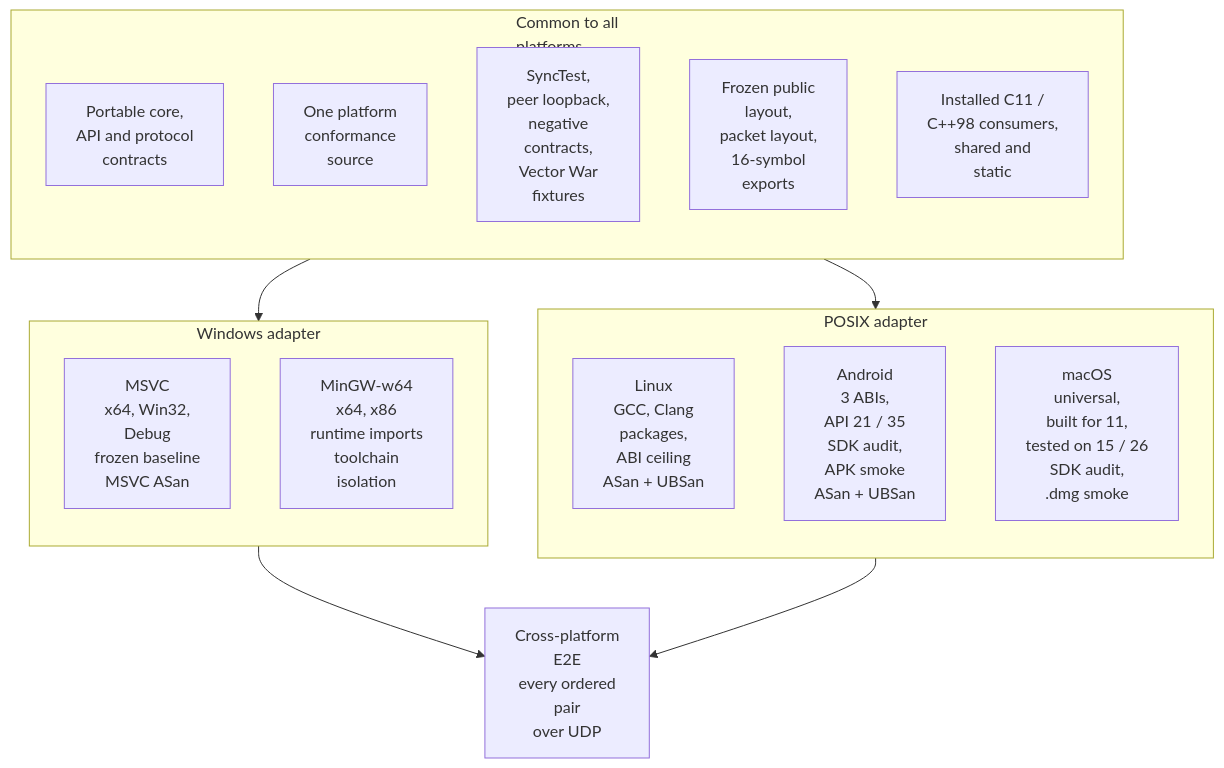
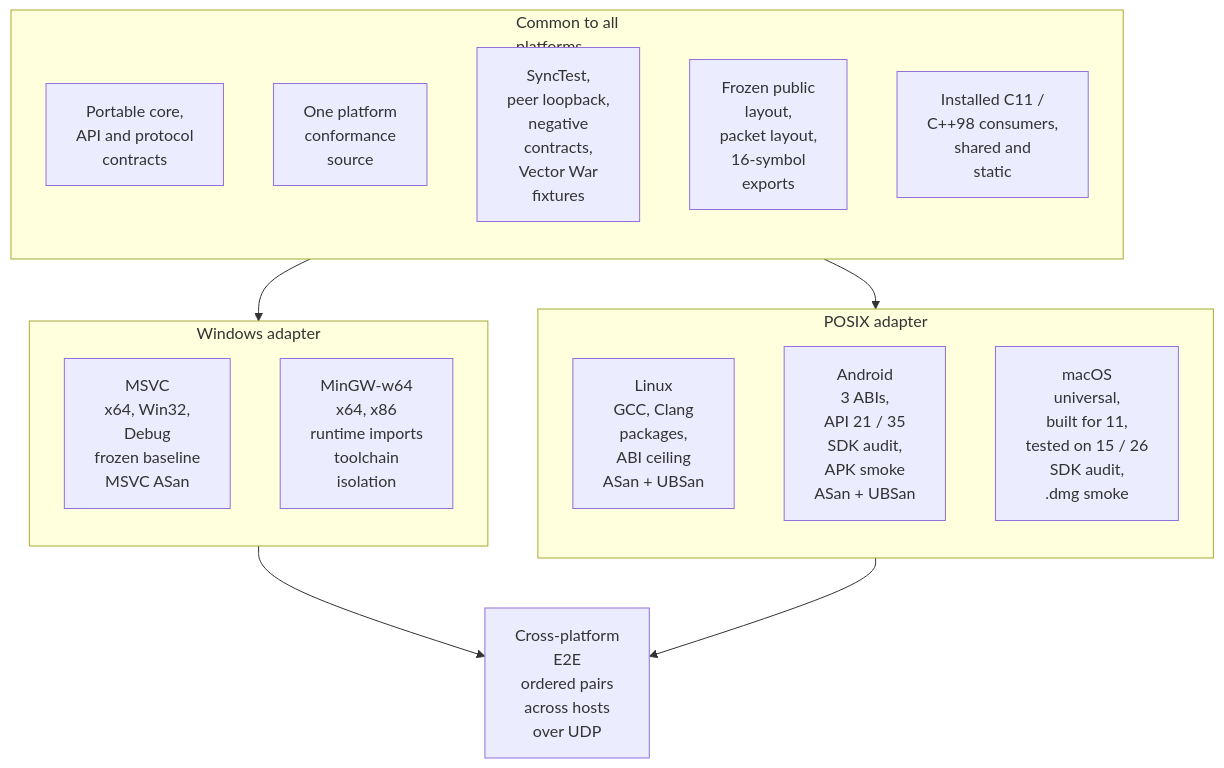
Before and after one commit to irregularthanis/ggpo-next: the first of 9 diagrams in doc/architecture/Testing.md, drawn with Mermaid. The commit also changed other lines of this file and 11 other files, not shown here.

First line of the commit message:
e2e: macOS plays macOS across two hosts

````diff
--- a/doc/architecture/Testing.md
+++ b/doc/architecture/Testing.md
@@ -61,31 +61,31 @@
 ```mermaid
 flowchart TB
     subgraph COMMON["Common to all<br/>platforms"]
         direction TB
         CORE["Portable core,<br/>API and protocol<br/>contracts"]
         CONF["One platform<br/>conformance<br/>source"]
         FIX["SyncTest,<br/>peer loopback,<br/>negative<br/>contracts,<br/>Vector War<br/>fixtures"]
         LAYOUT["Frozen public<br/>layout,<br/>packet layout,<br/>16-symbol<br/>exports"]
         CONS["Installed C11 /<br/>C++98 consumers,<br/>shared and<br/>static"]
     end
 
     subgraph WIN["Windows adapter"]
         direction TB
         MSVC["MSVC<br/>x64, Win32,<br/>Debug<br/>frozen baseline<br/>MSVC ASan"]
         MINGW["MinGW-w64<br/>x64, x86<br/>runtime imports<br/>toolchain<br/>isolation"]
     end
 
     subgraph POSIX["POSIX adapter"]
         direction TB
         LINUX["Linux<br/>GCC, Clang<br/>packages,<br/>ABI ceiling<br/>ASan + UBSan"]
         ANDROID["Android<br/>3 ABIs,<br/>API 21 / 35<br/>SDK audit,<br/>APK smoke<br/>ASan + UBSan"]
         MACOS["macOS<br/>universal,<br/>built for 11,<br/>tested on 15 / 26<br/>SDK audit,<br/>.dmg smoke"]
     end
 
-    E2E["Cross-platform<br/>E2E<br/>every ordered<br/>pair<br/>over UDP"]
+    E2E["Cross-platform<br/>E2E<br/>ordered pairs<br/>across hosts<br/>over UDP"]
 
     COMMON --> WIN
     COMMON --> POSIX
     WIN --> E2E
     POSIX --> E2E
 ```
````
